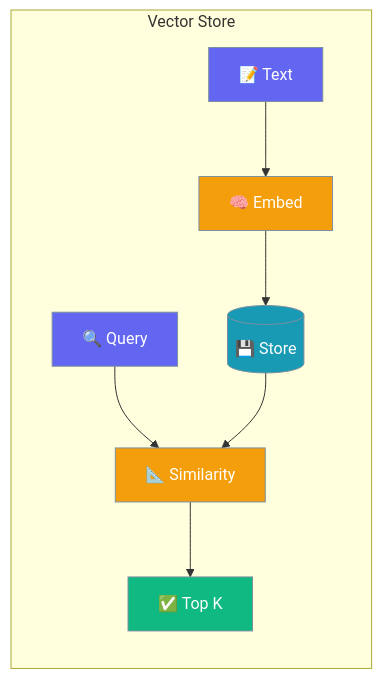
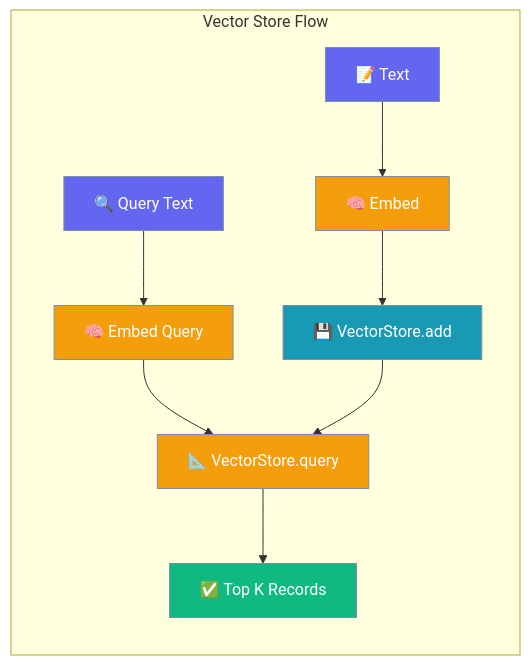
Before and after one commit to MervinPraison/PraisonAIDocs: the first of 4 diagrams in docs/features/vector-store.mdx, drawn with Mermaid. The commit also changed other lines of this file and 3 other files, not shown here.

First line of the commit message:
docs: add Vector Store feature page closing Python parity gap (fixes #933)

````diff
--- a/docs/features/vector-store.mdx
+++ b/docs/features/vector-store.mdx
@@ -10,20 +10,21 @@
 ```mermaid
 graph LR
-    subgraph "Vector Store"
+    subgraph "Vector Store Flow"
         Text[📝 Text] --> Embed[🧠 Embed]
-        Embed --> Store[(💾 Store)]
-        Query[🔍 Query] --> Sim[📐 Similarity]
-        Store --> Sim
-        Sim --> Results[✅ Top K]
+        Embed --> Add[💾 VectorStore.add]
+        Query[🔍 Query Text] --> QEmbed[🧠 Embed Query]
+        QEmbed --> Sim[📐 VectorStore.query]
+        Add --> Sim
+        Sim --> Results[✅ Top K Records]
     end
 
     classDef input fill:#6366F1,stroke:#7C90A0,color:#fff
     classDef process fill:#F59E0B,stroke:#7C90A0,color:#fff
     classDef store fill:#189AB4,stroke:#7C90A0,color:#fff
     classDef output fill:#10B981,stroke:#7C90A0,color:#fff
 
     class Text,Query input
-    class Embed,Sim process
-    class Store store
+    class Embed,QEmbed,Sim process
+    class Add store
     class Results output
 ```
````
